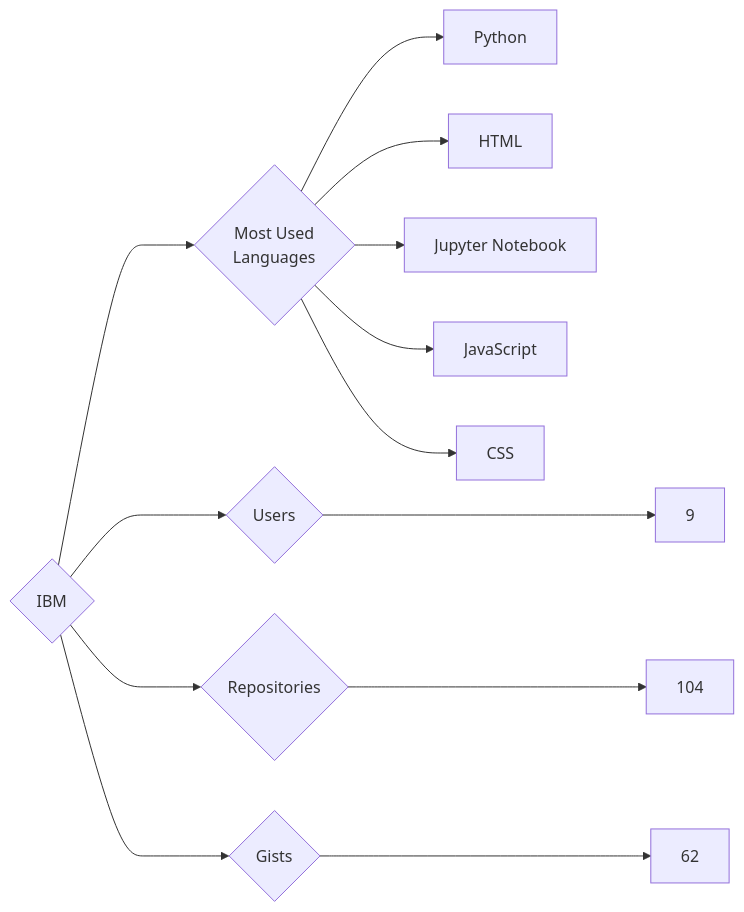
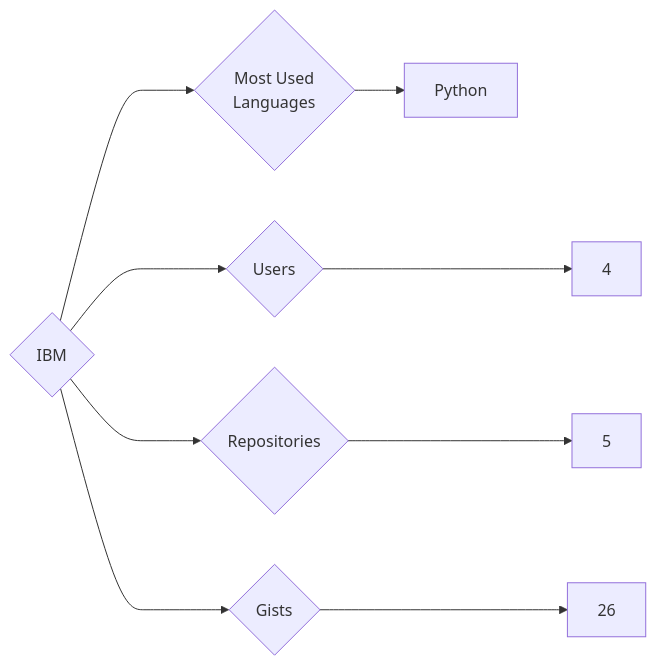
The diagram in targets/IBM/README.md (trickest/insiders), drawn with Mermaid before and after one commit. The commit also changed 815 other files, not shown here.

````diff
--- a/targets/IBM/README.md
+++ b/targets/IBM/README.md
@@ -3,13 +3,9 @@
 ```mermaid
 graph LR
 COMPANY_NAME{IBM}
-COMPANY_NAME ---> U{Users} ---> UN[9]
-COMPANY_NAME ---> R{Repositories} ---> RN[104]
-COMPANY_NAME ---> G{Gists} ---> GN[62]
+COMPANY_NAME ---> U{Users} ---> UN[4]
+COMPANY_NAME ---> R{Repositories} ---> RN[5]
+COMPANY_NAME ---> G{Gists} ---> GN[26]
 COMPANY_NAME ---> ML{Most Used<br>Languages}
 ML --> Python[Python]
-ML --> HTML[HTML]
-ML --> Jupyter_Notebook[Jupyter Notebook]
-ML --> JavaScript[JavaScript]
-ML --> CSS[CSS]
 ```
````
